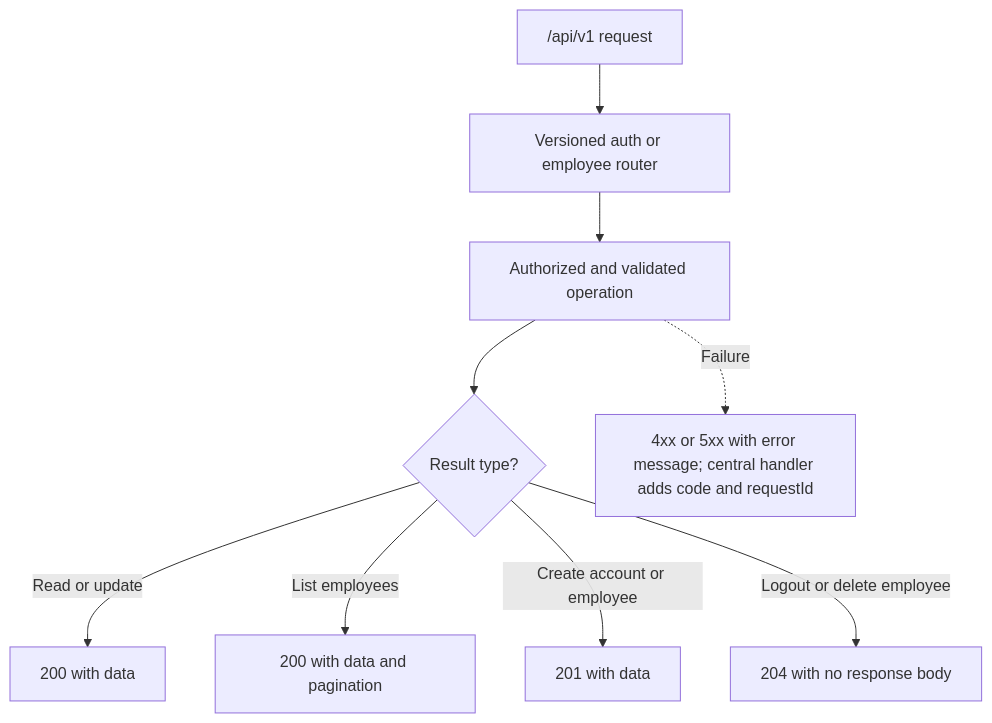
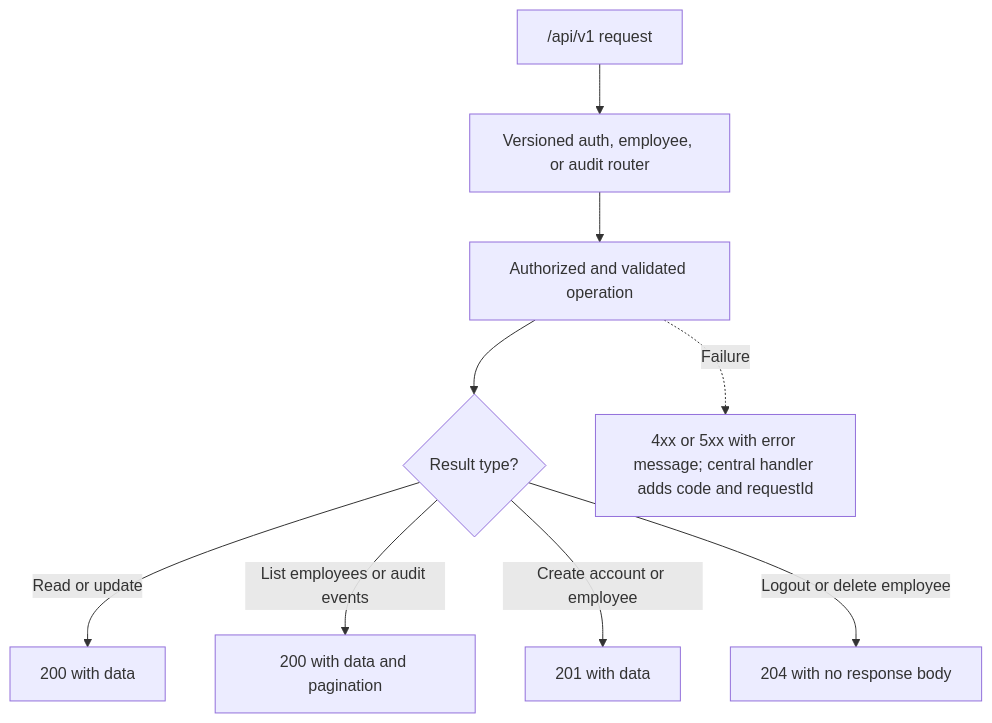
Before and after one commit to herve192-hub/WorkSphere: diagram 26 of 52 in README.md, drawn with Mermaid. The commit also changed other lines of this file and 51 other files, not shown here.

Commit message:
added audit history, API documentation, transactions, and supporting tests/configuration

````diff
--- a/README.md
+++ b/README.md
@@ -1151,11 +1244,11 @@
 ```mermaid
 flowchart TD
-    Request["/api/v1 request"] --> Router["Versioned auth or employee router"]
+    Request["/api/v1 request"] --> Router["Versioned auth, employee, or audit router"]
     Router --> Operation["Authorized and validated operation"]
     Operation --> Kind{"Result type?"}
     Kind -->|"Read or update"| OK["200 with data"]
-    Kind -->|"List employees"| List["200 with data and pagination"]
+    Kind -->|"List employees or audit events"| List["200 with data and pagination"]
     Kind -->|"Create account or employee"| Created["201 with data"]
     Kind -->|"Logout or delete employee"| Empty["204 with no response body"]
     Operation -.->|Failure| Error["4xx or 5xx with error message; central handler adds code and requestId"]
 ```
````
